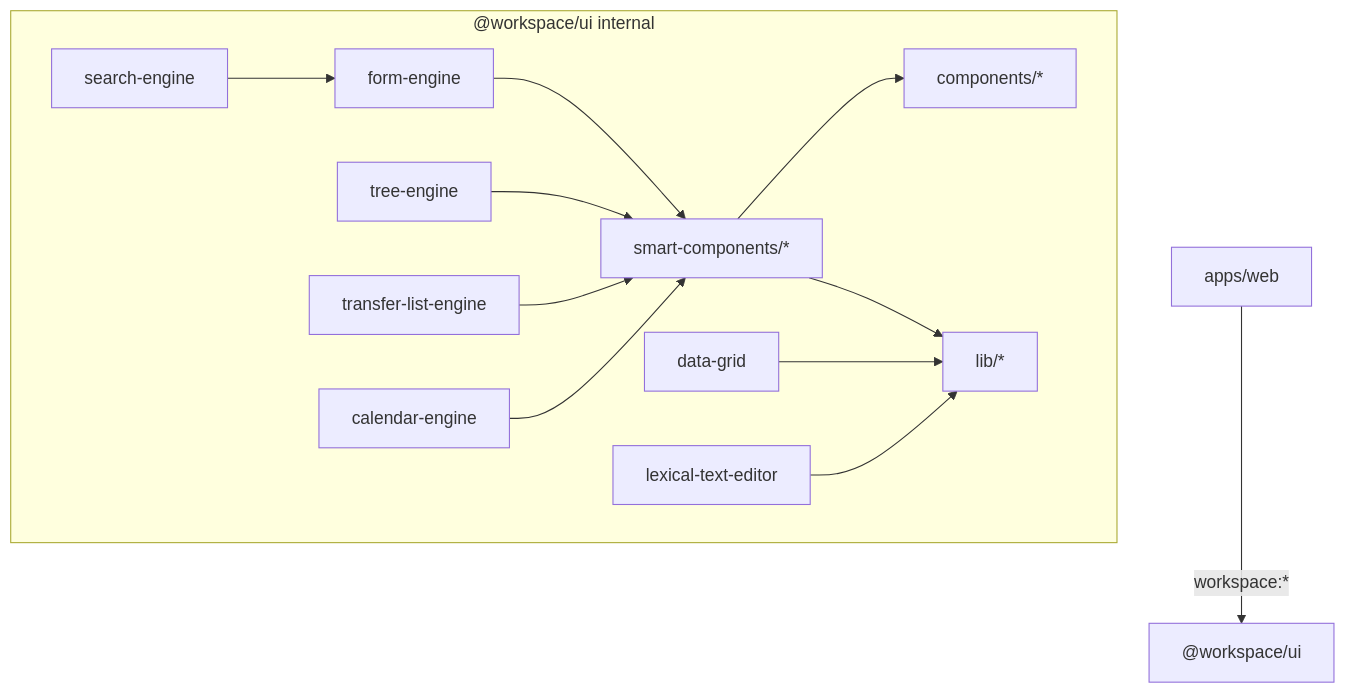
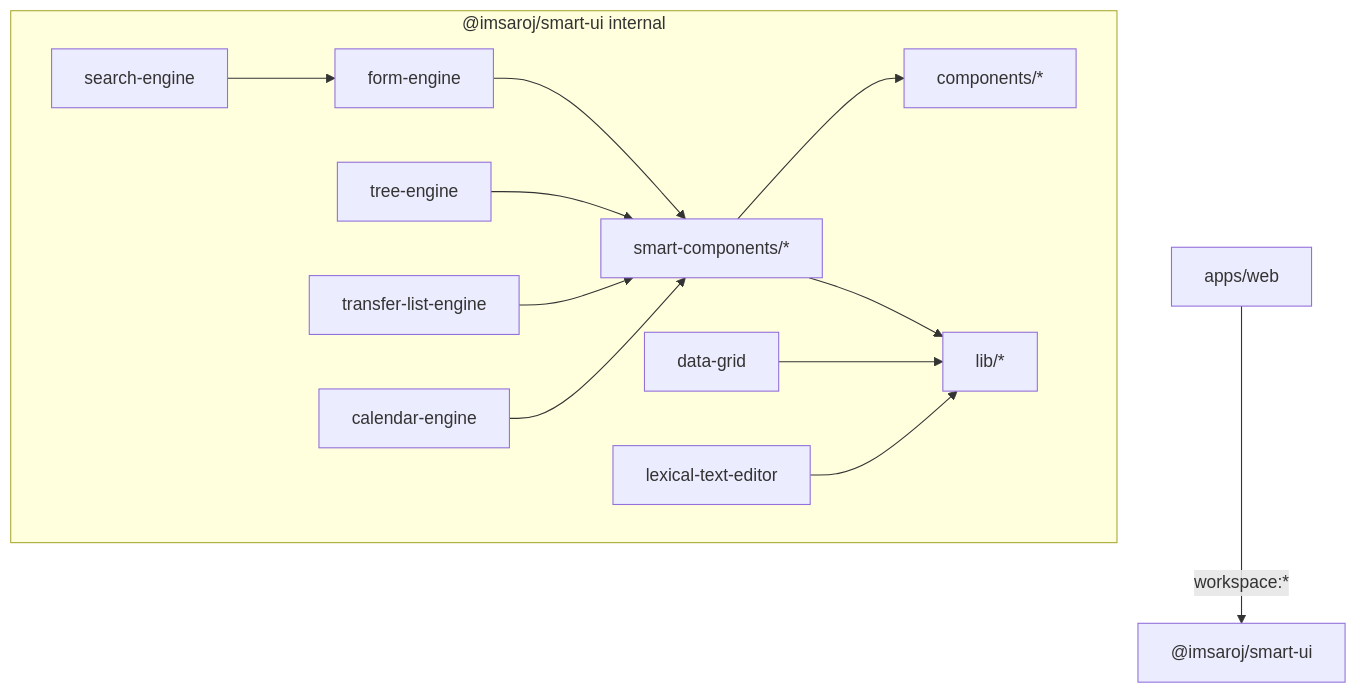
The second of 12 diagrams in ARCHITECTURE.md (imsaroj/automatic-octo-fiesta), drawn with Mermaid before and after one commit. The commit also changed other lines of this file and 251 other files, not shown here.

First line of the commit message:
feat: publish @imsaroj/smart-ui to npm via semantic-release

````diff
--- a/ARCHITECTURE.md
+++ b/ARCHITECTURE.md
@@ -271,27 +271,27 @@
 ```mermaid
 flowchart TD
-  web["apps/web"] -->|workspace:*| ui["@workspace/ui"]
+  web["apps/web"] -->|workspace:*| ui["@imsaroj/smart-ui"]
 
-  subgraph ui_internal["@workspace/ui internal"]
+  subgraph ui_internal["@imsaroj/smart-ui internal"]
     lib["lib/*"]
     comp["components/*"]
     smart["smart-components/*"]
     form["form-engine"]
     search["search-engine"]
     grid["data-grid"]
     tree["tree-engine"]
     transfer["transfer-list-engine"]
     cal["calendar-engine"]
     editor["lexical-text-editor"]
   end
 
   smart --> comp
   smart --> lib
   form --> smart
   search --> form
   grid --> lib
   tree --> smart
   transfer --> smart
   cal --> smart
   editor --> lib
 ```
````
